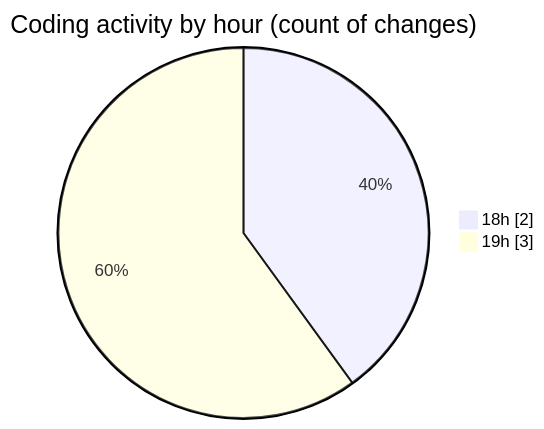
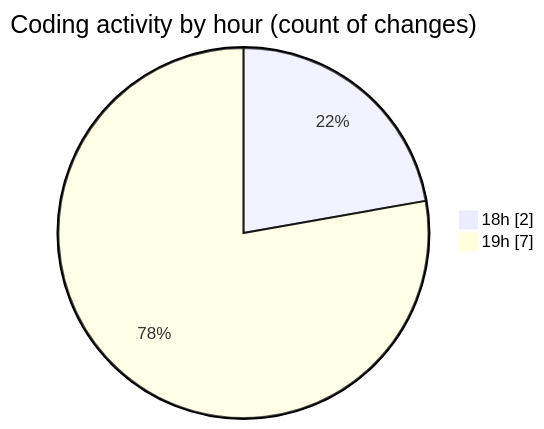
Before and after one commit to MatusMokan/code-tracking: the second of 2 diagrams in 2025-02-27/myws__workspace_/README.md, drawn with Mermaid. The commit also changed other lines of this file and 1 other file, not shown here.

````diff
--- a/2025-02-27/myws__workspace_/README.md
+++ b/2025-02-27/myws__workspace_/README.md
@@ -28,6 +28,6 @@
 ```mermaid
 pie showData
 title Coding activity by hour (count of changes)
 "18h" : 2
-"19h" : 3
+"19h" : 7
 ```
````
